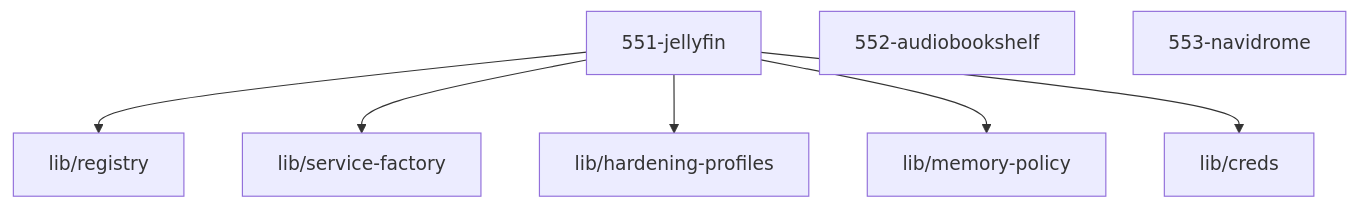
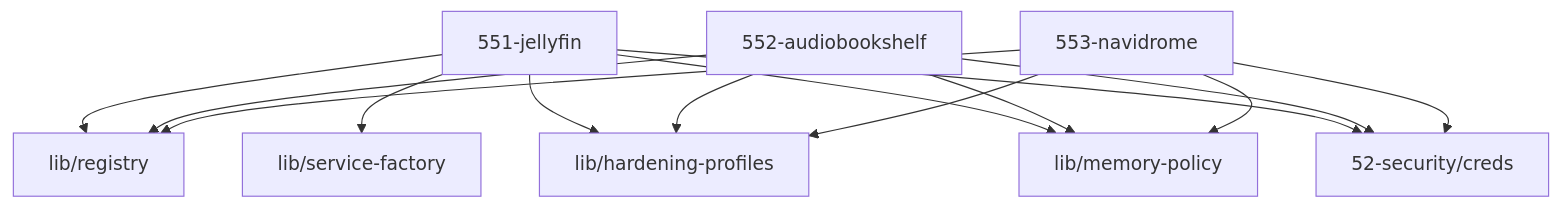
Before and after one commit to grapefruit89/mediNix-core: the diagram in 55-playback/AGENTS.md, drawn with Mermaid. The commit also changed other lines of this file and 29 other files, not shown here.

Commit message:
refactor(lib): relocate domain-specific helpers (ingress-access, creds, arr-settings) to domains

````diff
--- a/55-playback/AGENTS.md
+++ b/55-playback/AGENTS.md
@@ -55,10 +55,16 @@
 ```mermaid
 graph TD
   551_jellyfin["551-jellyfin"] --> registry["lib/registry"]
   551_jellyfin["551-jellyfin"] --> service_factory["lib/service-factory"]
   551_jellyfin["551-jellyfin"] --> hardening_profiles["lib/hardening-profiles"]
   551_jellyfin["551-jellyfin"] --> memory_policy["lib/memory-policy"]
-  551_jellyfin["551-jellyfin"] --> creds["lib/creds"]
-  552_audiobookshelf["552-audiobookshelf"]
-  553_navidrome["553-navidrome"]
+  551_jellyfin["551-jellyfin"] --> creds["52-security/creds"]
+  552_audiobookshelf["552-audiobookshelf"] --> creds["52-security/creds"]
+  552_audiobookshelf["552-audiobookshelf"] --> registry["lib/registry"]
+  552_audiobookshelf["552-audiobookshelf"] --> hardening_profiles["lib/hardening-profiles"]
+  552_audiobookshelf["552-audiobookshelf"] --> memory_policy["lib/memory-policy"]
+  553_navidrome["553-navidrome"] --> creds["52-security/creds"]
+  553_navidrome["553-navidrome"] --> registry["lib/registry"]
+  553_navidrome["553-navidrome"] --> hardening_profiles["lib/hardening-profiles"]
+  553_navidrome["553-navidrome"] --> memory_policy["lib/memory-policy"]
 ```
````
